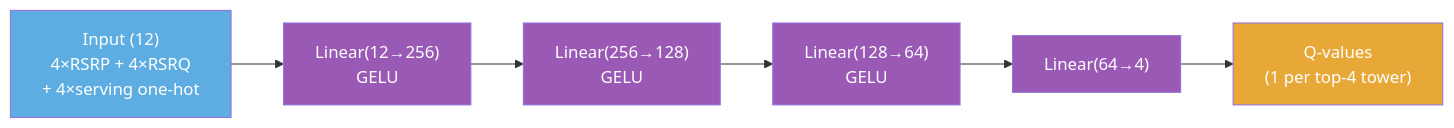
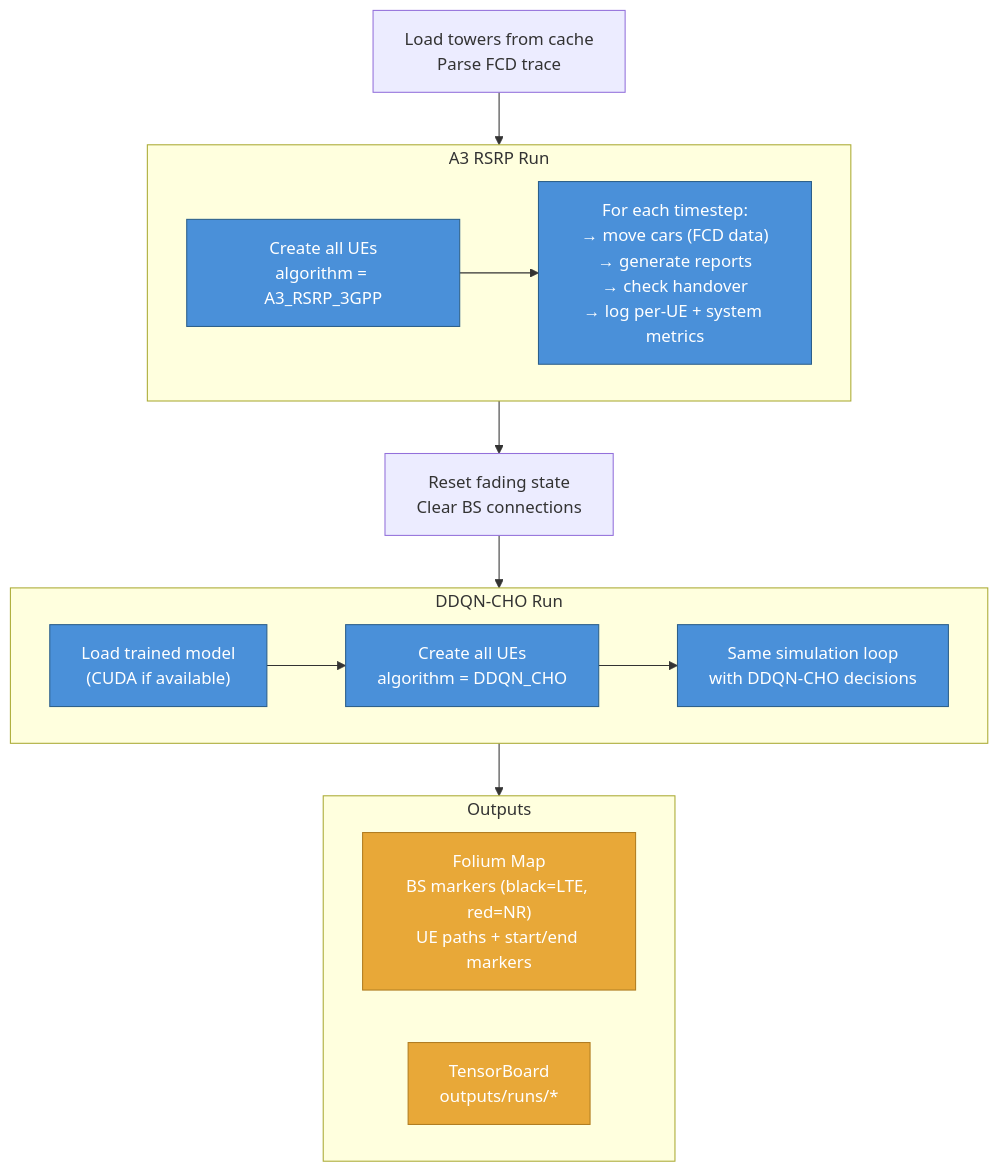
One commit to HoualefAkram/5g-handover-ddqn changed diagram 13 of 14 in architecture.md. Above: the diagram before and after it, drawn with Mermaid. The commit also changed other lines of this file and 1 other file, not shown here.

````diff
--- a/architecture.md
+++ b/architecture.md
@@ -346,18 +350,31 @@
 ```mermaid
-graph LR
-    INPUT["Input (12)\n4×RSRP + 4×RSRQ\n+ 4×serving one-hot"]
-    L1["Linear(12→256)\nGELU"]
-    L2["Linear(256→128)\nGELU"]
-    L3["Linear(128→64)\nGELU"]
-    L4["Linear(64→4)"]
-    OUTPUT["Q-values\n(1 per top-4 tower)"]
+graph TB
+    LOAD["Load towers from cache\nParse FCD trace"]
 
-    INPUT --> L1 --> L2 --> L3 --> L4 --> OUTPUT
+    subgraph A3_RUN["A3 RSRP Run"]
+        A3_INIT["Create all UEs\nalgorithm = A3_RSRP_3GPP"]
+        A3_SIM["For each timestep:\n→ move cars (FCD data)\n→ generate reports\n→ check handover\n→ log per-UE + system metrics"]
+        A3_INIT --> A3_SIM
+    end
 
-    style INPUT fill:#5dade2,color:#fff
-    style OUTPUT fill:#e8a838,color:#fff
-    style L1 fill:#9b59b6,color:#fff
-    style L2 fill:#9b59b6,color:#fff
-    style L3 fill:#9b59b6,color:#fff
-    style L4 fill:#9b59b6,color:#fff
+    RESET["Reset fading state\nClear BS connections"]
+
+    subgraph DDQN_RUN["DDQN-CHO Run"]
+        DDQN_LOAD["Load trained model\n(CUDA if available)"]
+        DDQN_INIT["Create all UEs\nalgorithm = DDQN_CHO"]
+        DDQN_SIM["Same simulation loop\nwith DDQN-CHO decisions"]
+        DDQN_LOAD --> DDQN_INIT --> DDQN_SIM
+    end
+
+    subgraph OUT["Outputs"]
+        FOLIUM["Folium Map\nBS markers (black=LTE, red=NR)\nUE paths + start/end markers"]
+        TB["TensorBoard\noutputs/runs/*"]
+    end
+
+    LOAD --> A3_RUN --> RESET --> DDQN_RUN --> OUT
+
+    classDef eval fill:#4a90d9,stroke:#2c5f8a,color:#fff
+    classDef out fill:#e8a838,stroke:#b07c20,color:#fff
+    class A3_INIT,A3_SIM,DDQN_LOAD,DDQN_INIT,DDQN_SIM eval
+    class FOLIUM,TB out
 ```
````
